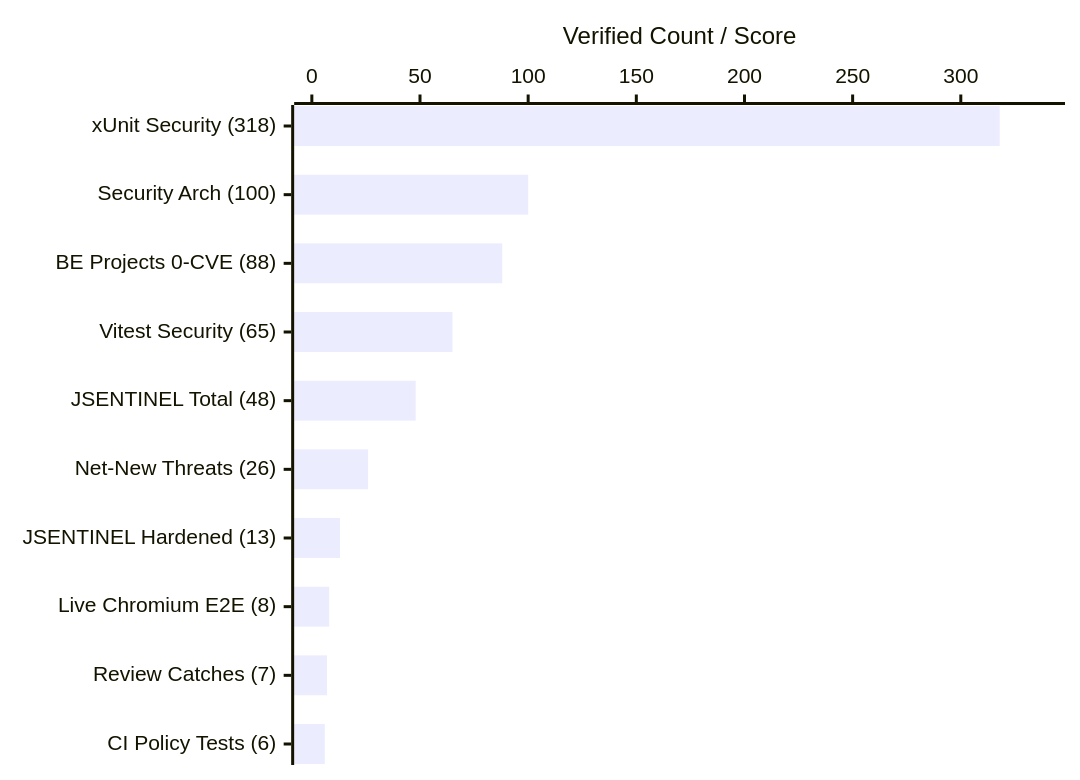
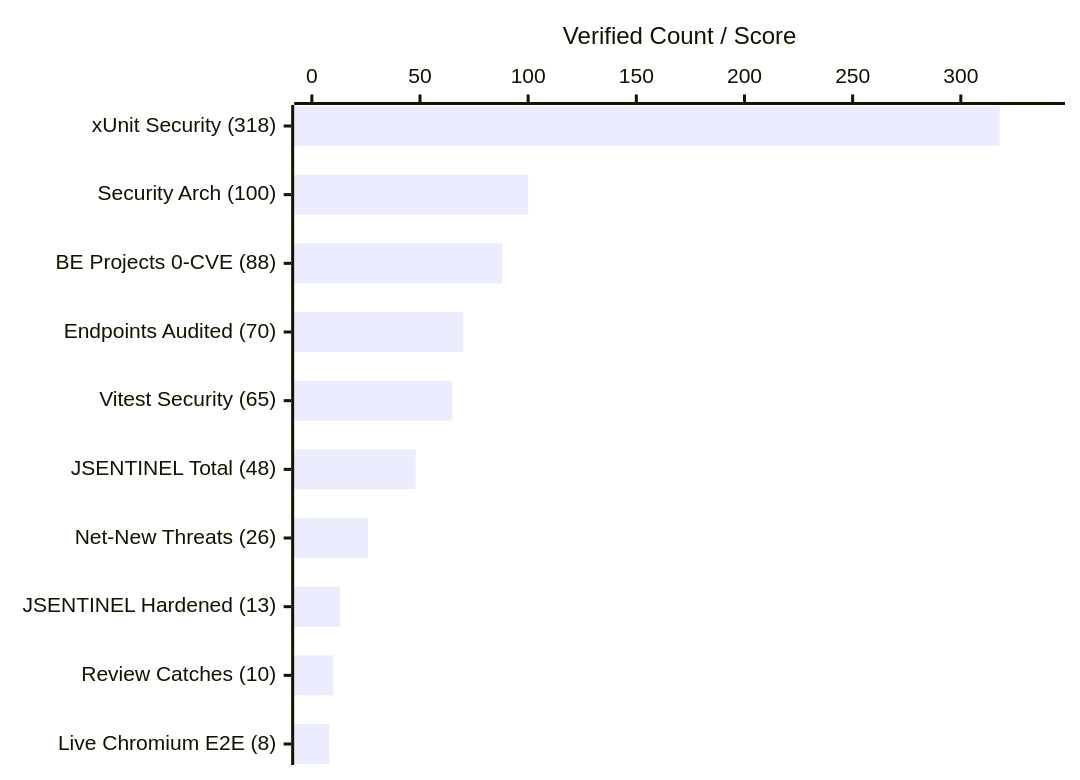
One commit to SCRIPE-org/SCRIPE-Docs-Portal changed the diagram in public/archify-hub/specs/enterprise-security-assurance-platform-hardening.archify.md. Above: the diagram before and after it, drawn with Mermaid. The commit also changed other lines of this file and 3 other files, not shown here.

Commit message:
docs(archify): align security assurance explainer with verified commit ledger and canonical symbols

````diff
--- a/public/archify-hub/specs/enterprise-security-assurance-platform-hardening.archify.md
+++ b/public/archify-hub/specs/enterprise-security-assurance-platform-hardening.archify.md
@@ -22,6 +22,6 @@
 ```mermaid title="Verified Enterprise Security Assurance Reconciliation, Threat Closure & Test Scoreboard"
 xychart-beta horizontal
-  x-axis ["xUnit Security (318)", "Security Arch (100)", "BE Projects 0-CVE (88)", "Vitest Security (65)", "JSENTINEL Total (48)", "Net-New Threats (26)", "JSENTINEL Hardened (13)", "Live Chromium E2E (8)", "Review Catches (7)", "CI Policy Tests (6)"]
+  x-axis ["xUnit Security (318)", "Security Arch (100)", "BE Projects 0-CVE (88)", "Endpoints Audited (70)", "Vitest Security (65)", "JSENTINEL Total (48)", "Net-New Threats (26)", "JSENTINEL Hardened (13)", "Review Catches (10)", "Live Chromium E2E (8)"]
   y-axis "Verified Count / Score" 0 --> 340
-  bar "Verified Metric" [318, 100, 88, 65, 48, 26, 13, 8, 7, 6]
+  bar "Verified Metric" [318, 100, 88, 70, 65, 48, 26, 13, 10, 8]
 ```
````
